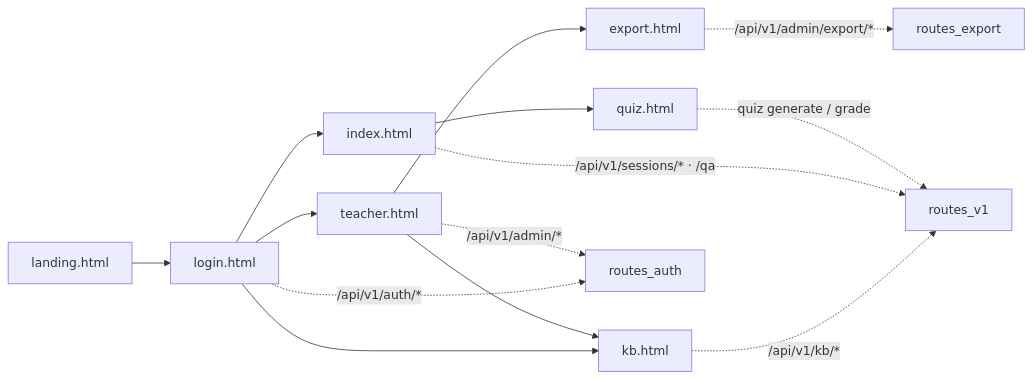
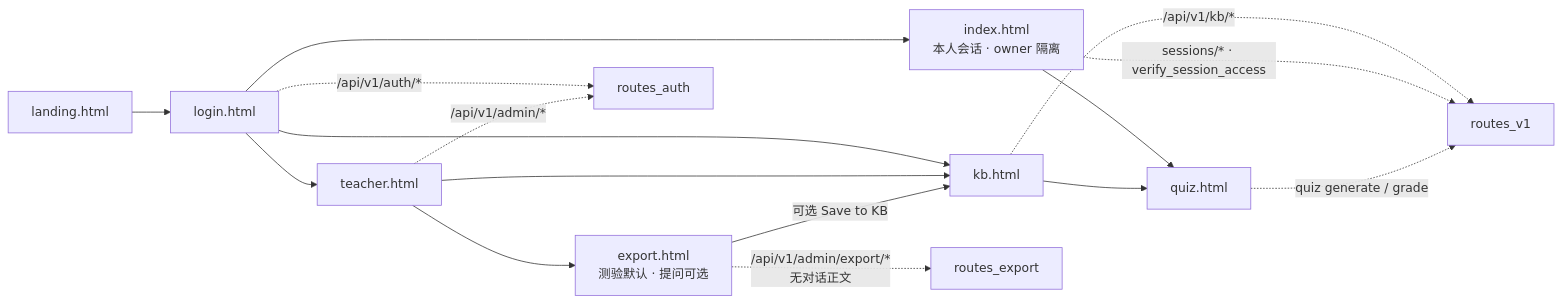
Before and after one commit to JinYue-star/ForRag: the seventh of 7 diagrams in docs/architecture.md, drawn with Mermaid. The commit also changed other lines of this file and 104 other files, not shown here.

````diff
--- a/docs/architecture.md
+++ b/docs/architecture.md
@@ -467,17 +471,19 @@
 ```mermaid
 flowchart LR
   landing["landing.html"] --> login["login.html"]
   login --> teacher["teacher.html"]
-  login --> index["index.html"]
+  login --> index["index.html<br/>本人会话 · owner 隔离"]
   login --> kb["kb.html"]
-  teacher --> export["export.html"]
+  teacher --> export["export.html<br/>测验默认 · 提问可选"]
   teacher --> kb
   index --> quiz["quiz.html"]
+  kb --> quiz
+  export -->|"可选 Save to KB"| kb
 
   login -.->|"/api/v1/auth/*"| routes_auth
   teacher -.->|"/api/v1/admin/*"| routes_auth
-  export -.->|"/api/v1/admin/export/*"| routes_export
+  export -.->|"/api/v1/admin/export/*<br/>无对话正文"| routes_export
   kb -.->|"/api/v1/kb/*"| routes_v1
-  index -.->|"/api/v1/sessions/* · /qa"| routes_v1
+  index -.->|"sessions/* · verify_session_access"| routes_v1
   quiz -.->|"quiz generate / grade"| routes_v1
 ```
````
